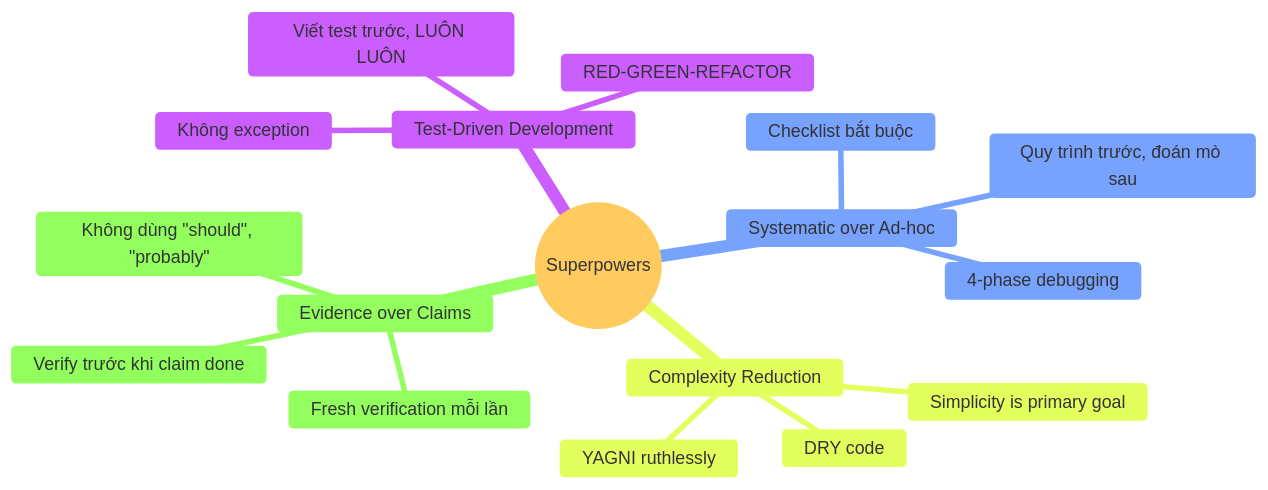
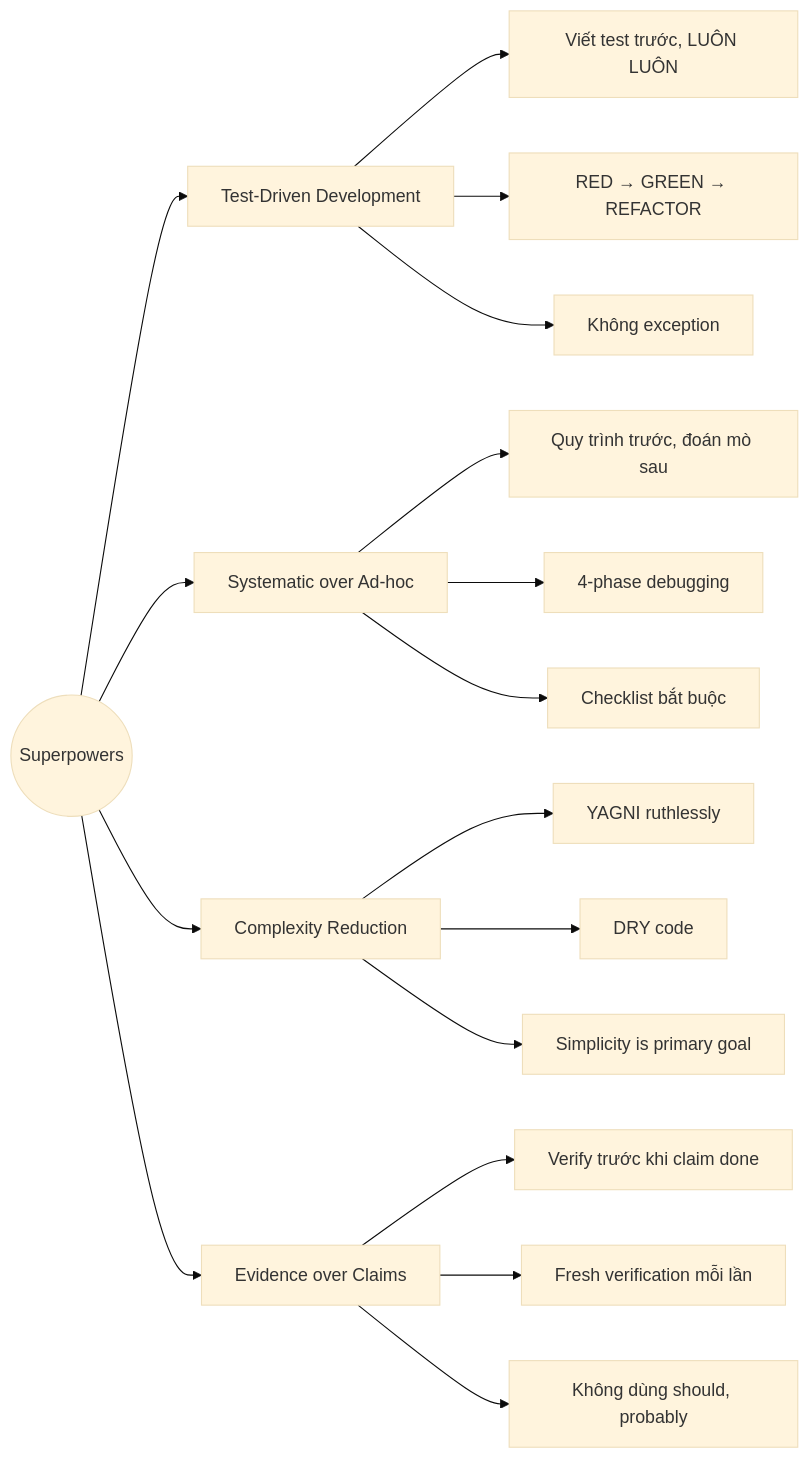
Before and after one commit to thientranhung/agentic-coding-lab: the first of 3 diagrams in vn/superpowers/0. Overview.md, drawn with Mermaid (base theme). The commit also changed other lines of this file and 14 other files, not shown here.

Commit message:
docs: update Vietnamese docs for bmad-method, get-shit-done, superpowers

````diff
--- a/vn/superpowers/0. Overview.md
+++ b/vn/superpowers/0. Overview.md
@@ -51,20 +31,23 @@
 ```mermaid
-mindmap
-  root((Superpowers))
-    Test-Driven Development
-      Viết test trước, LUÔN LUÔN
-      RED-GREEN-REFACTOR
-      Không exception
-    Systematic over Ad-hoc
-      Quy trình trước, đoán mò sau
-      4-phase debugging
-      Checklist bắt buộc
-    Complexity Reduction
-      YAGNI ruthlessly
-      DRY code
-      Simplicity is primary goal
-    Evidence over Claims
-      Verify trước khi claim done
-      Fresh verification mỗi lần
-      Không dùng "should", "probably"
+graph LR
+    SP((Superpowers)) --> TDD["Test-Driven Development"]
+    SP --> SYS["Systematic over Ad-hoc"]
+    SP --> CR["Complexity Reduction"]
+    SP --> EVC["Evidence over Claims"]
+
+    TDD --> T1["Viết test trước, LUÔN LUÔN"]
+    TDD --> T2["RED → GREEN → REFACTOR"]
+    TDD --> T3["Không exception"]
+
+    SYS --> S1["Quy trình trước, đoán mò sau"]
+    SYS --> S2["4-phase debugging"]
+    SYS --> S3["Checklist bắt buộc"]
+
+    CR --> C1["YAGNI ruthlessly"]
+    CR --> C2["DRY code"]
+    CR --> C3["Simplicity is primary goal"]
+
+    EVC --> E1["Verify trước khi claim done"]
+    EVC --> E2["Fresh verification mỗi lần"]
+    EVC --> E3["Không dùng should, probably"]
 ```
````
